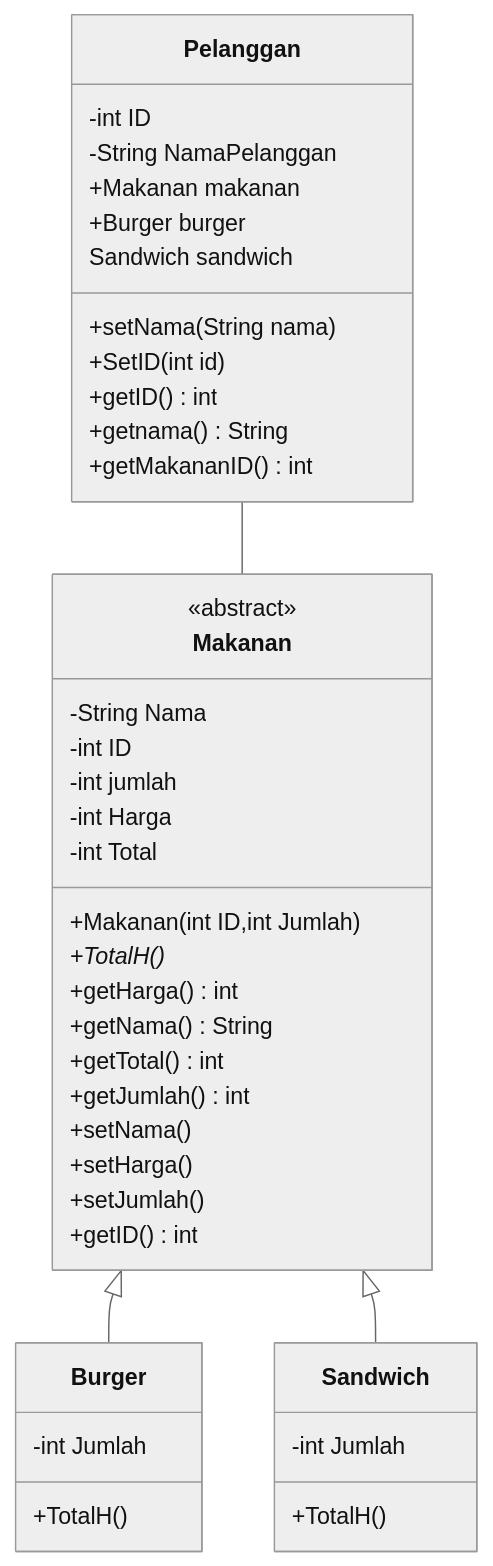
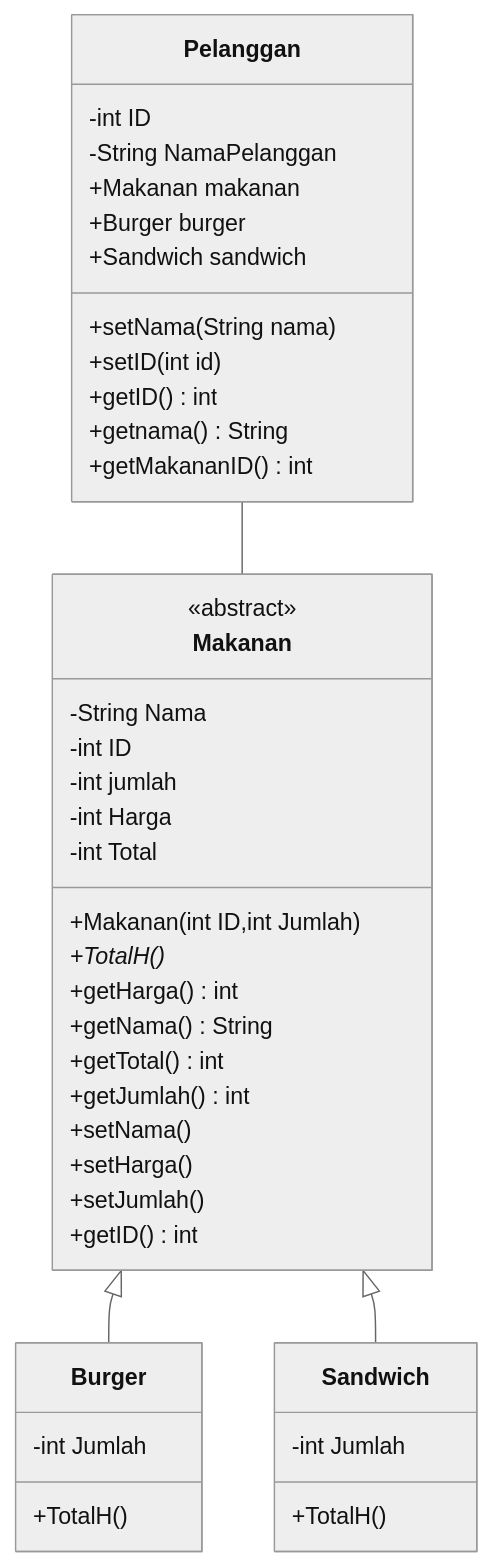
One commit to MitaAnggraenii/Final-Project changed the first of 3 diagrams in README.md. Above: the diagram before and after it, drawn with Mermaid (neutral theme).

````diff
--- a/README.md
+++ b/README.md
@@ -38,49 +38,49 @@
 ```mermaid
 classDiagram
     Makanan <|-- Burger
     Makanan <|-- Sandwich
     Pelanggan -- Makanan
     
 
     class Makanan{
     <<abstract>>
         +Makanan(int ID,int Jumlah)
         -String Nama
         -int ID
         -int jumlah
         -int Harga
         -int Total
         +TotalH()*
         +getHarga() int
         +getNama() String
         +getTotal() int
         +getJumlah() int
         +setNama()
         +setHarga()
         +setJumlah()
         +getID() int
     }
     
     class Pelanggan{
         -int ID
         -String NamaPelanggan
         +Makanan makanan
         +Burger burger
-        Sandwich sandwich
+        +Sandwich sandwich
         +setNama(String nama)
-        +SetID (int id) 
+        +setID (int id) 
         +getID() int
         +getnama() String
         +getMakananID() int
     }
 
     class Burger{
         -int Jumlah
         +TotalH()
     }
 
     class Sandwich{
         -int Jumlah
         +TotalH()
     }
  ```   
````
